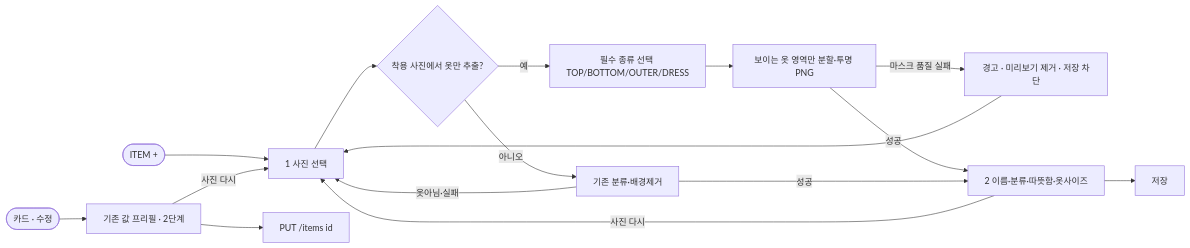
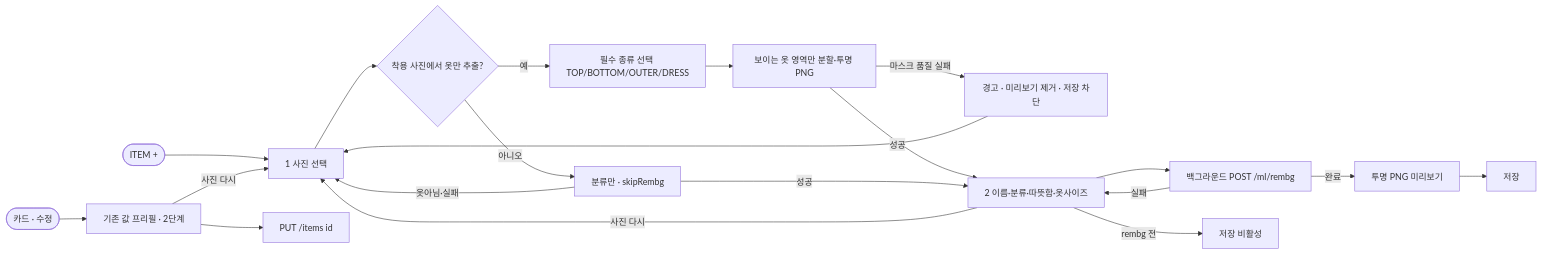
Before and after one commit to ohdeg/PBB: diagram 24 of 27 in docs/PBB-유저-흐름도.md, drawn with Mermaid. The commit also changed other lines of this file and 62 other files, not shown here.

````diff
--- a/docs/PBB-유저-흐름도.md
+++ b/docs/PBB-유저-흐름도.md
@@ -618,18 +624,22 @@
 ```mermaid
 flowchart LR
     open([ITEM +]) --> photo[1 사진 선택]
     photo --> worn{착용 사진에서 옷만 추출?}
-    worn -->|"아니오"| classify[기존 분류·배경제거]
+    worn -->|"아니오"| classify[분류만 · skipRembg]
     worn -->|"예"| target[필수 종류 선택 TOP/BOTTOM/OUTER/DRESS]
     target --> extract[보이는 옷 영역만 분할·투명 PNG]
     extract -->|"마스크 품질 실패"| blocked[경고 · 미리보기 제거 · 저장 차단]
     blocked --> photo
     extract -->|"성공"| details[2 이름·분류·따뜻함·옷사이즈]
     classify -->|"옷아님·실패"| photo
     classify -->|"성공"| details
+    details --> rembg[백그라운드 POST /ml/rembg]
+    rembg -->|"실패"| details
+    rembg -->|"완료"| ready[투명 PNG 미리보기]
     details -->|"사진 다시"| photo
-    details --> save[저장]
+    ready --> save[저장]
+    details -->|"rembg 전"| waitSave[저장 비활성]
     cardEdit([카드 · 수정]) --> editDetails[기존 값 프리필 · 2단계]
     editDetails -->|"사진 다시"| photo
     editDetails --> upsert[PUT /items id]
 ```
````
